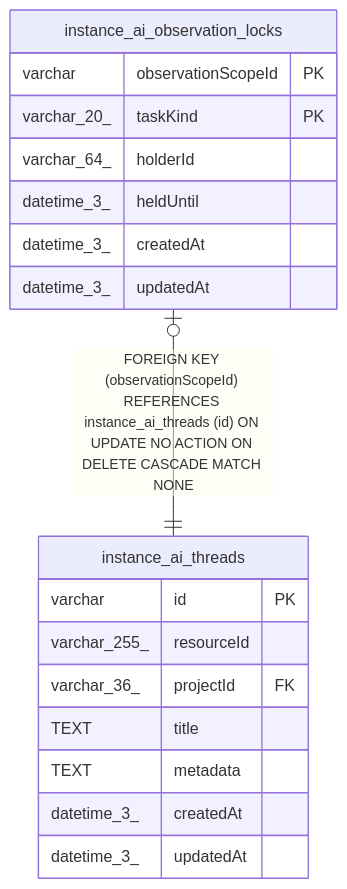
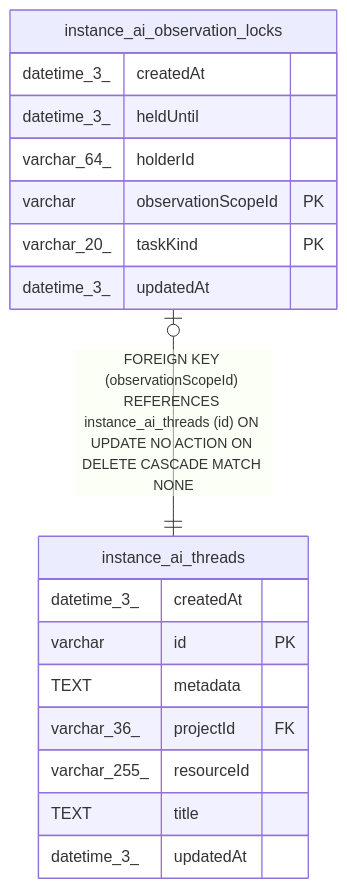
The diagram in docs/generated/sqlite-schema/instance_ai_observation_locks.md (mayankjain1815-commits/n8n), drawn with Mermaid before and after one commit. The commit also changed other lines of this file and 221 other files, not shown here.

Commit message:
chore(core): Make DB schema docs generation deterministic (#32373)

````diff
--- a/docs/generated/sqlite-schema/instance_ai_observation_locks.md
+++ b/docs/generated/sqlite-schema/instance_ai_observation_locks.md
@@ -43,23 +43,23 @@
 ```mermaid
 erDiagram
 
 "instance_ai_observation_locks" |o--|| "instance_ai_threads" : "FOREIGN KEY (observationScopeId) REFERENCES instance_ai_threads (id) ON UPDATE NO ACTION ON DELETE CASCADE MATCH NONE"
 
 "instance_ai_observation_locks" {
+  datetime_3_ createdAt
+  datetime_3_ heldUntil
+  varchar_64_ holderId
   varchar observationScopeId PK
   varchar_20_ taskKind PK
-  varchar_64_ holderId
-  datetime_3_ heldUntil
-  datetime_3_ createdAt
   datetime_3_ updatedAt
 }
 "instance_ai_threads" {
+  datetime_3_ createdAt
   varchar id PK
+  TEXT metadata
+  varchar_36_ projectId FK
   varchar_255_ resourceId
-  varchar_36_ projectId FK
   TEXT title
-  TEXT metadata
-  datetime_3_ createdAt
   datetime_3_ updatedAt
 }
 ```
````
